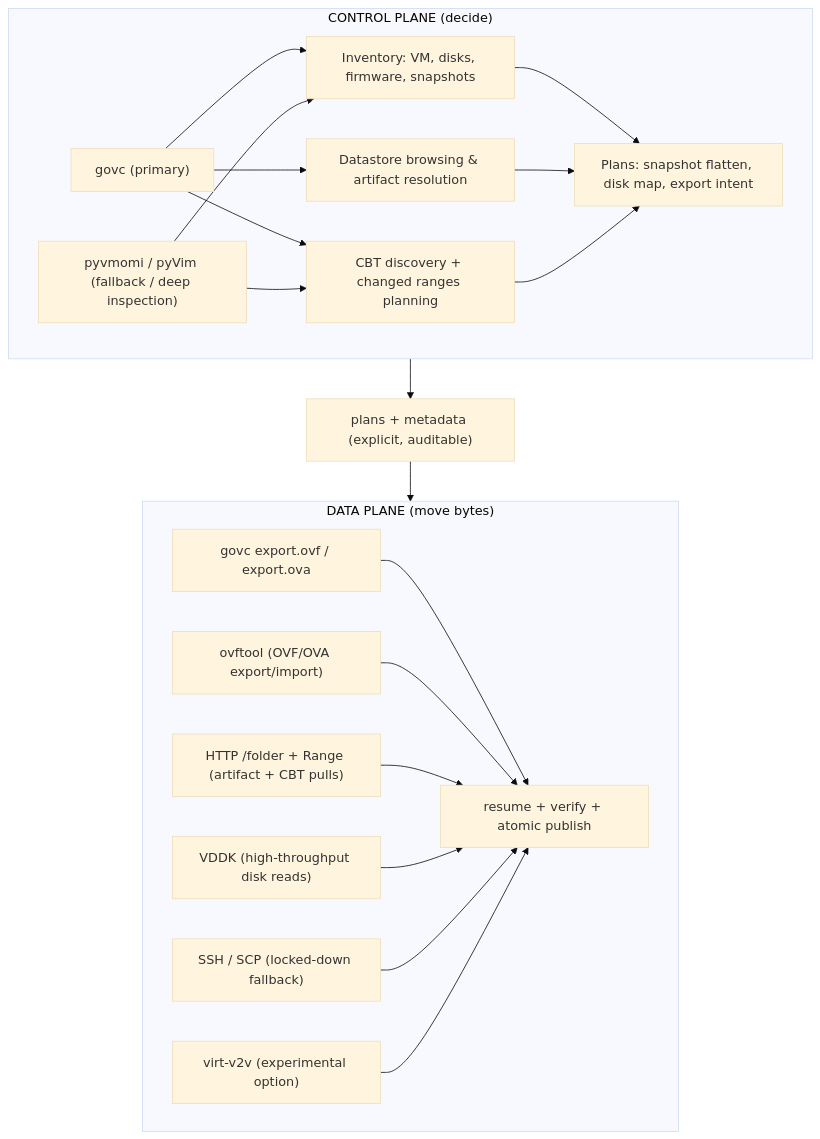
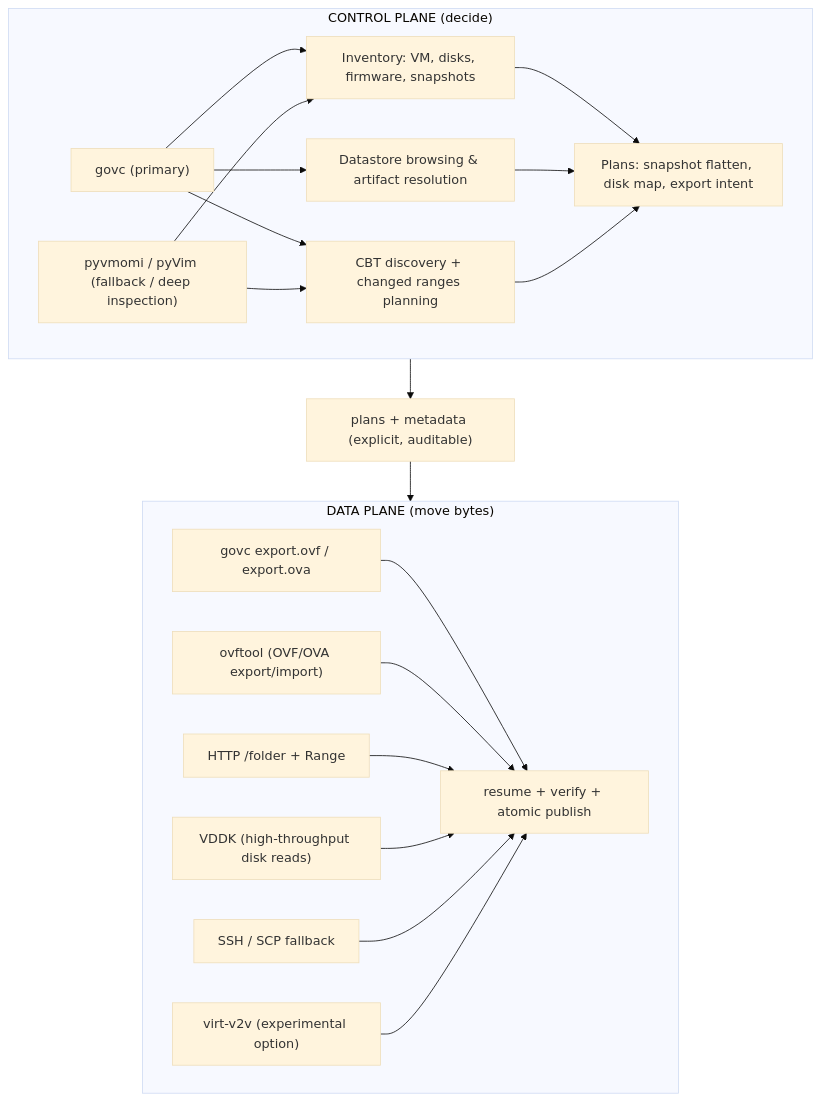
One commit to ssahani/hyper2kvm changed the second of 2 diagrams in README.md. Above: the diagram before and after it, drawn with Mermaid (base theme). The commit also changed other lines of this file, not shown here.

`````diff
--- a/README.md
+++ b/README.md
@@ -192,40 +242,40 @@
 ```mermaid
 flowchart TB
   subgraph CP["CONTROL PLANE (decide)"]
     GOVC["govc (primary)"]
     PYVM["pyvmomi / pyVim (fallback / deep inspection)"]
     INV["Inventory: VM, disks, firmware, snapshots"]
     PLAN["Plans: snapshot flatten, disk map, export intent"]
     DS["Datastore browsing & artifact resolution"]
     CBT["CBT discovery + changed ranges planning"]
 
     GOVC --> INV
     GOVC --> DS
     GOVC --> CBT
     PYVM --> INV
     PYVM --> CBT
     INV --> PLAN
     DS --> PLAN
     CBT --> PLAN
   end
 
   META["plans + metadata (explicit, auditable)"]
 
   subgraph DP["DATA PLANE (move bytes)"]
     GOVCEXP["govc export.ovf / export.ova"]
     OVFTOOL["ovftool (OVF/OVA export/import)"]
-    HTTP["HTTP /folder + Range (artifact + CBT pulls)"]
+    HTTP["HTTP /folder + Range"]
     VDDK["VDDK (high-throughput disk reads)"]
-    SSH["SSH / SCP (locked-down fallback)"]
+    SSH["SSH / SCP fallback"]
     V2V["virt-v2v (experimental option)"]
     RESUME["resume + verify + atomic publish"]
   end
 
   CP --> META --> DP
   GOVCEXP --> RESUME
   OVFTOOL --> RESUME
   HTTP --> RESUME
   VDDK --> RESUME
   SSH --> RESUME
   V2V --> RESUME
-````
+```
`````
